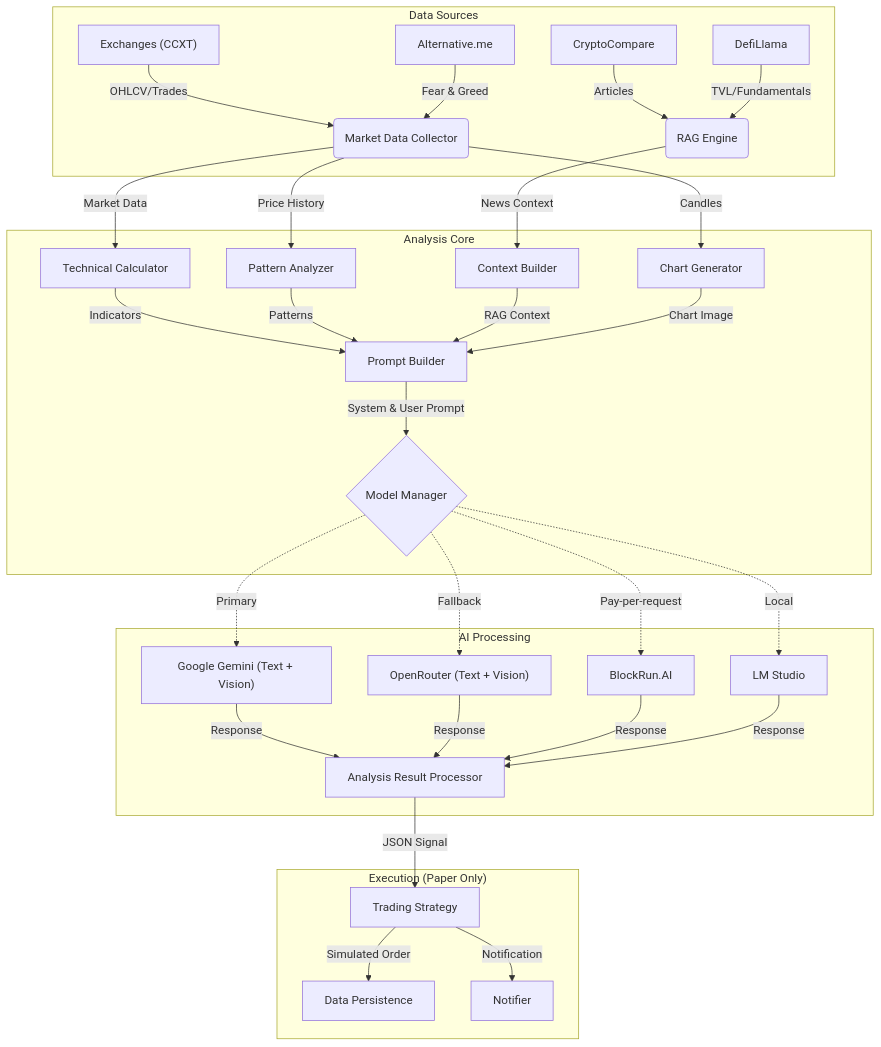
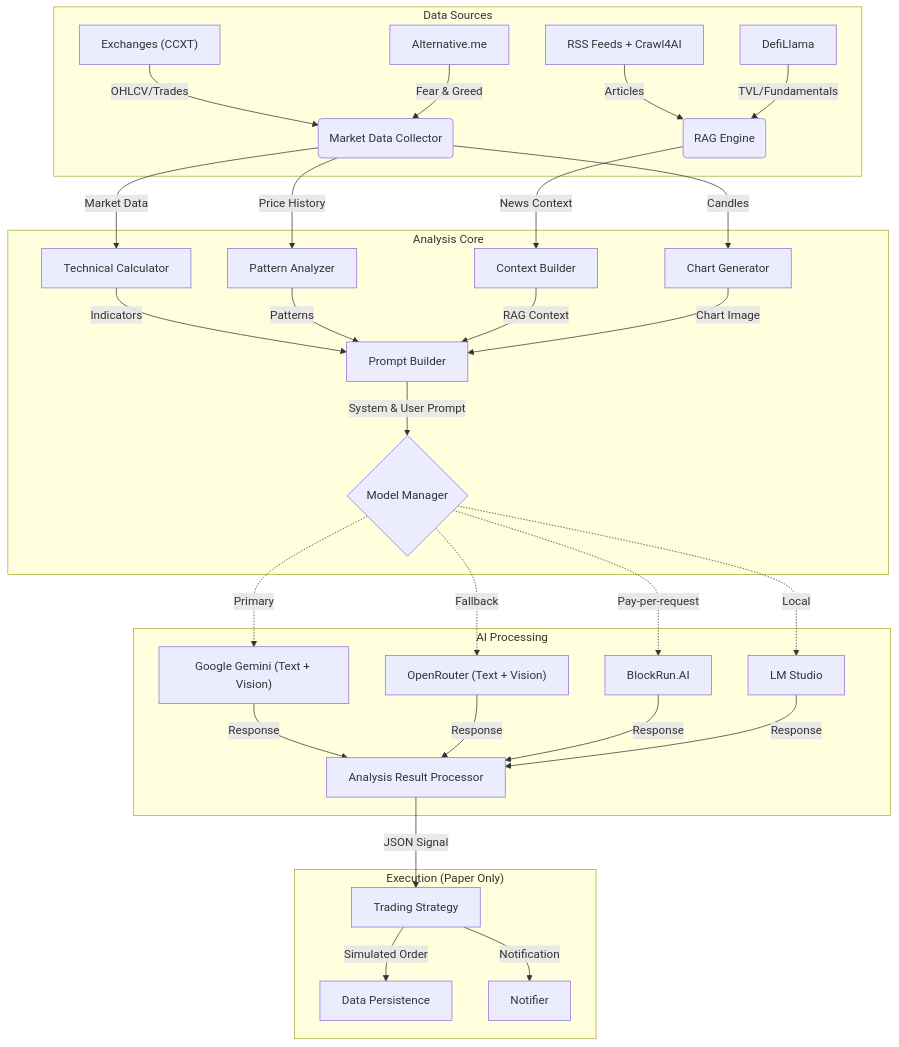
The diagram in README.md (qrak/LLM_trader), drawn with Mermaid before and after one commit. The commit also changed other lines of this file and 96 other files, not shown here.

First line of the commit message:
Release: RSS news pipeline, O(N) indicators, security fixes, dashboard UX + bugfixes (Apr 2026)

````diff
--- a/README.md
+++ b/README.md
@@ -148,44 +191,44 @@
 ```mermaid
 graph TD
     subgraph Data Sources
         Ex["Exchanges (CCXT)"] --> |OHLCV/Trades| DC(Market Data Collector)
-        News[CryptoCompare] --> |Articles| RAG(RAG Engine)
+        News[RSS Feeds + Crawl4AI] --> |Articles| RAG(RAG Engine)
         Sent[Alternative.me] --> |Fear & Greed| DC
         DeFi[DefiLlama] --> |TVL/Fundamentals| RAG
     end
 
     subgraph Analysis Core
         DC --> |Market Data| TC[Technical Calculator]
         DC --> |Price History| PA[Pattern Analyzer]
         DC --> |Candles| CG[Chart Generator]
         
         RAG --> |News Context| CB[Context Builder]
         
         %% Orchestration / Assembly
         TC --> |Indicators| PB[Prompt Builder]
         PA --> |Patterns| PB
         CB --> |RAG Context| PB
         CG --> |Chart Image| PB
         
         PB --> |System & User Prompt| MM{Model Manager}
     end
 
     subgraph AI Processing
         %% Provider Selection Logic (Sequential / Fallback)
         MM -.-> |Primary| Google["Google Gemini (Text + Vision)"]
         MM -.-> |Fallback| OR["OpenRouter (Text + Vision)"]
         MM -.-> |Pay-per-request| BR["BlockRun.AI"]
         MM -.-> |Local| Local["LM Studio"]
         
         Google --> |Response| ARP[Analysis Result Processor]
         OR --> |Response| ARP
         BR --> |Response| ARP
         Local --> |Response| ARP
     end
 
     subgraph Execution ["Execution (Paper Only)"]
         ARP --> |JSON Signal| TS[Trading Strategy]
         TS --> |Simulated Order| DP[Data Persistence]
         TS --> |Notification| DN["Notifier"]
     end
 ```
````
